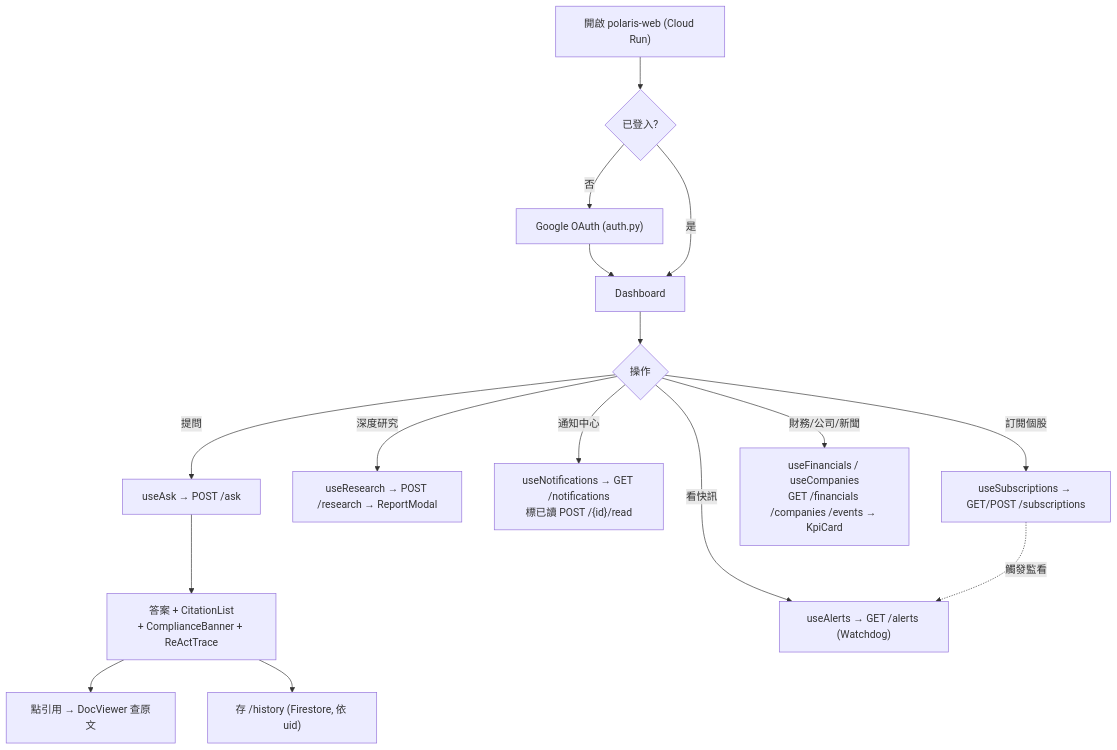
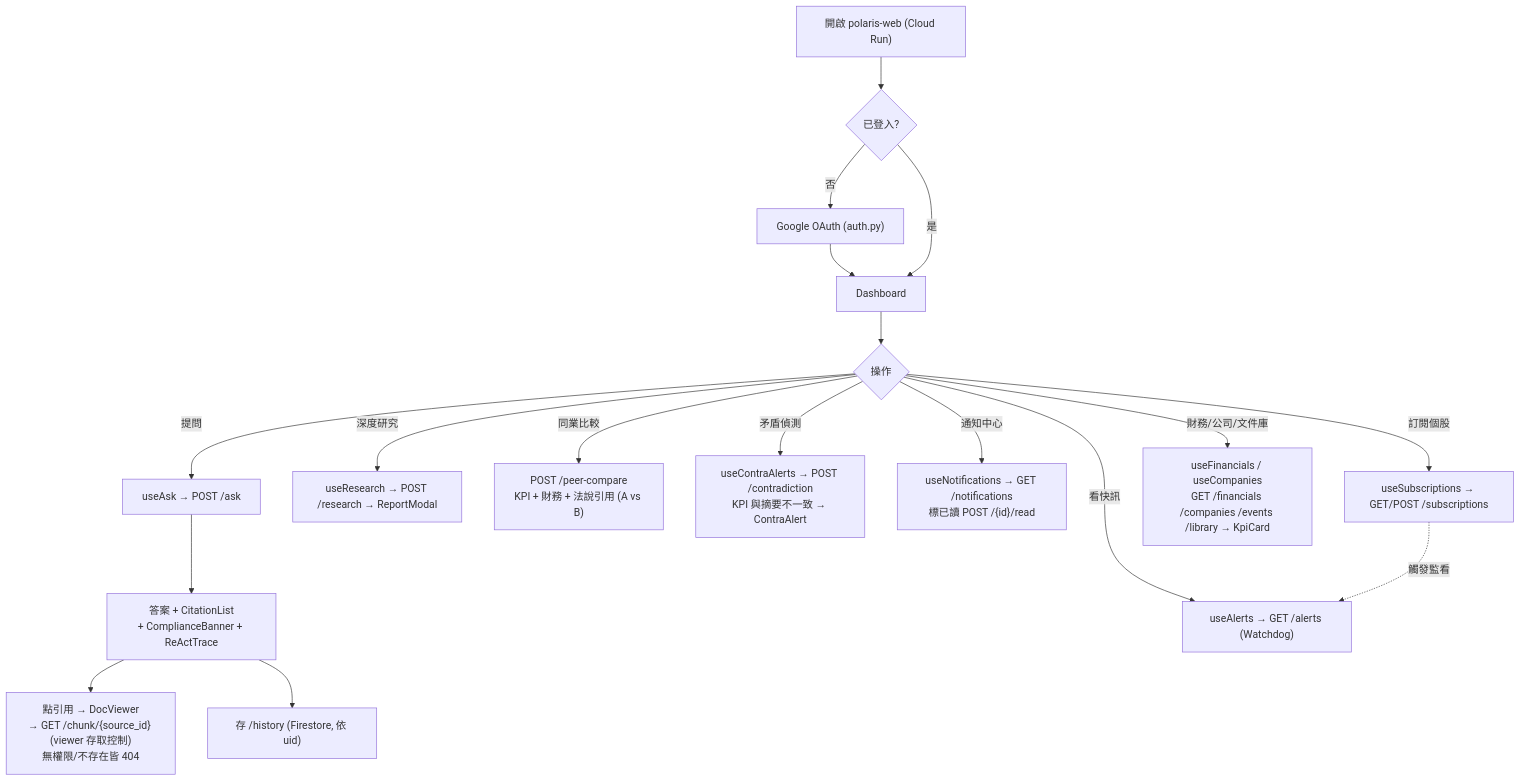
One commit to holajennytw/polaris-desk changed the ninth of 9 diagrams in docs/architecture.md. Above: the diagram before and after it, drawn with Mermaid. The commit also changed other lines of this file, not shown here.

First line of the commit message:
docs(architecture): sync diagrams with PR #29 endpoints + access control

````diff
--- a/docs/architecture.md
+++ b/docs/architecture.md
@@ -332,20 +340,22 @@
 ```mermaid
 flowchart TD
     L["開啟 polaris-web (Cloud Run)"] --> AU{"已登入?"}
     AU -->|否| OAuth["Google OAuth (auth.py)"]
     OAuth --> DASH
     AU -->|是| DASH["Dashboard"]
     DASH --> CH{"操作"}
 
     CH -->|提問| ASK["useAsk → POST /ask"]
     ASK --> RES["答案 + CitationList<br/>+ ComplianceBanner + ReActTrace"]
-    RES --> CITE["點引用 → DocViewer 查原文"]
+    RES --> CITE["點引用 → DocViewer<br/>→ GET /chunk/{source_id} (viewer 存取控制)<br/>無權限/不存在皆 404"]
     RES --> SAVE["存 /history (Firestore, 依 uid)"]
 
     CH -->|深度研究| DRP["useResearch → POST /research → ReportModal"]
+    CH -->|同業比較| PCP["POST /peer-compare<br/>KPI + 財務 + 法說引用 (A vs B)"]
+    CH -->|矛盾偵測| CON["useContraAlerts → POST /contradiction<br/>KPI 與摘要不一致 → ContraAlert"]
     CH -->|看快訊| ALV["useAlerts → GET /alerts (Watchdog)"]
     CH -->|通知中心| NT["useNotifications → GET /notifications<br/>標已讀 POST /{id}/read"]
     CH -->|訂閱個股| SUB["useSubscriptions → GET/POST /subscriptions"]
     SUB -.->|觸發監看| ALV
-    CH -->|財務/公司/新聞| ST["useFinancials / useCompanies<br/>GET /financials /companies /events → KpiCard"]
+    CH -->|財務/公司/文件庫| ST["useFinancials / useCompanies<br/>GET /financials /companies /events /library → KpiCard"]
 ```
````
